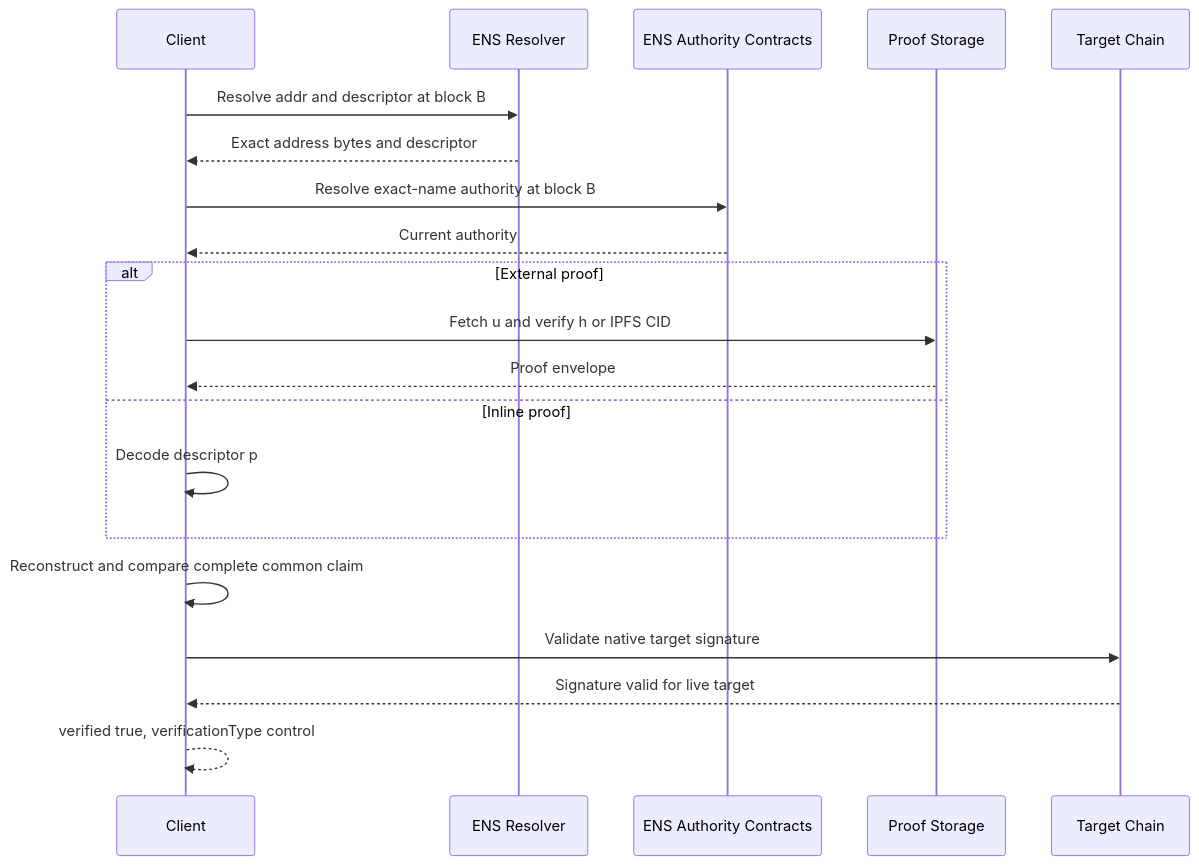
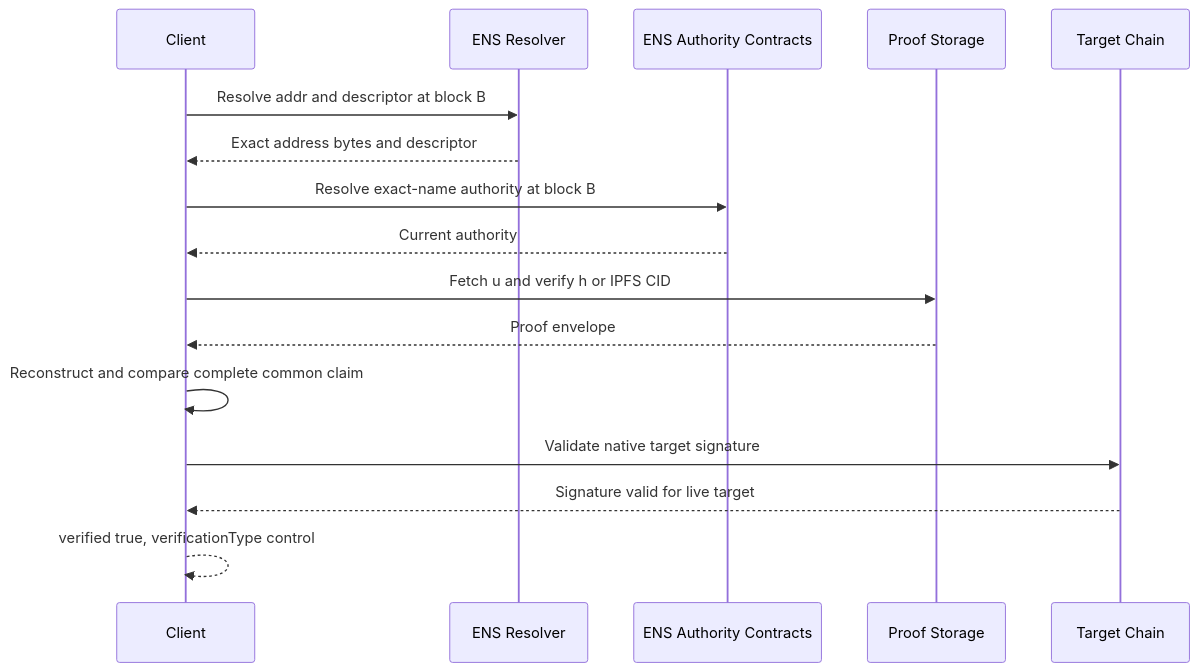
The second of 2 diagrams in apps/web/src/pages/docs/records/addresses.mdx (envoy1084/ensip-verification), drawn with Mermaid before and after one commit. The commit also changed other lines of this file and 27 other files, not shown here.

````diff
--- a/apps/web/src/pages/docs/records/addresses.mdx
+++ b/apps/web/src/pages/docs/records/addresses.mdx
@@ -71,23 +68,19 @@
 ```mermaid
 sequenceDiagram
   participant C as Client
   participant ENS as ENS Resolver
   participant A as ENS Authority Contracts
   participant S as Proof Storage
   participant T as Target Chain
 
   C->>ENS: Resolve addr and descriptor at block B
   ENS-->>C: Exact address bytes and descriptor
   C->>A: Resolve exact-name authority at block B
   A-->>C: Current authority
-  alt External proof
-    C->>S: Fetch u and verify h or IPFS CID
-    S-->>C: Proof envelope
-  else Inline proof
-    C->>C: Decode descriptor p
-  end
+  C->>S: Fetch u and verify h or IPFS CID
+  S-->>C: Proof envelope
   C->>C: Reconstruct and compare complete common claim
   C->>T: Validate native target signature
   T-->>C: Signature valid for live target
   C-->>C: verified true, verificationType control
 ```
````
